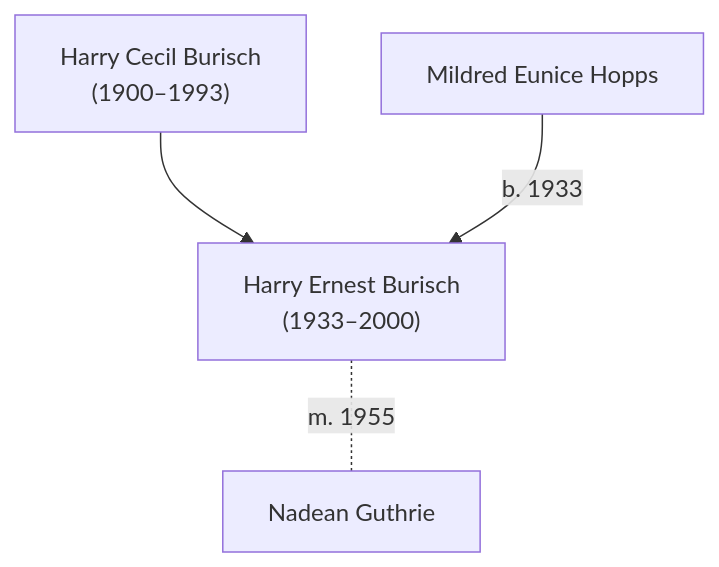
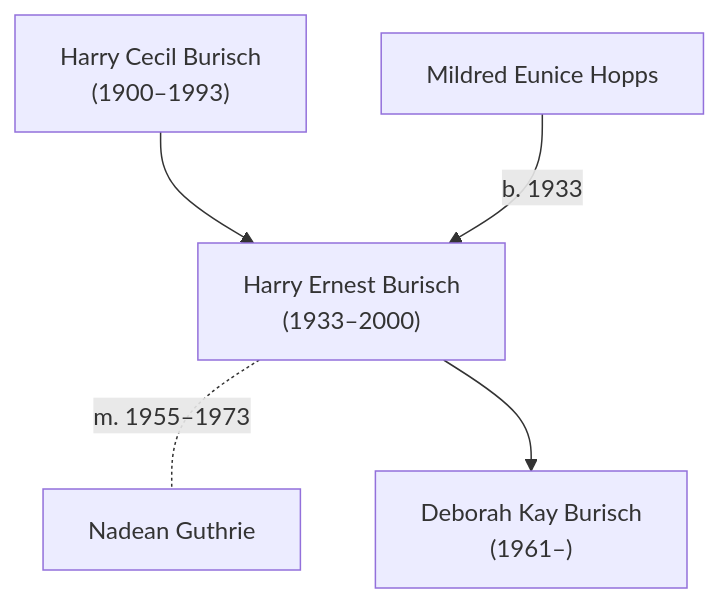
One commit to Black-Star-Institute/blackstar.github.io changed the second of 2 diagrams in docs/people/burisch_harry.md. Above: the diagram before and after it, drawn with Mermaid. The commit also changed other lines of this file and 6 other files, not shown here.

Commit message:
Confirm Harry -> Debbie

````diff
--- a/docs/people/burisch_harry.md
+++ b/docs/people/burisch_harry.md
@@ -55,8 +59,9 @@
 ```mermaid
 graph TD;
   harryc["Harry Cecil Burisch\n(1900&ndash;1993)"] --> harry
   mildred[Mildred Eunice Hopps] -- b. 1933 --> harry
   harry["Harry Ernest Burisch\n(1933&ndash;2000)"]
-  harry -. "m. 1955" -.-  nadine[Nadean Guthrie]
+  harry -. "m. 1955&ndash;1973" -.-  nadine[Nadean Guthrie]
+  harry --> debbie["Deborah Kay Burisch\n(1961&ndash;)"]
 
 ```
````
